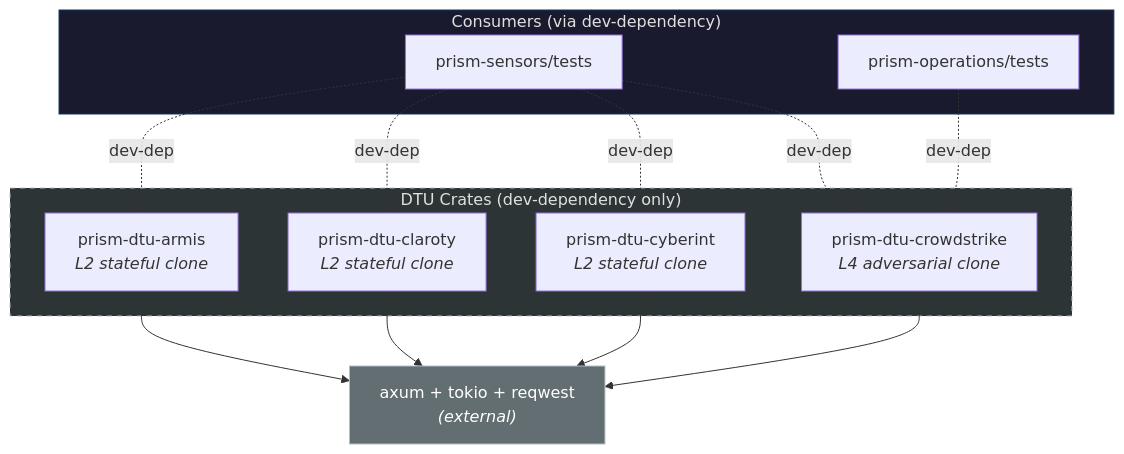
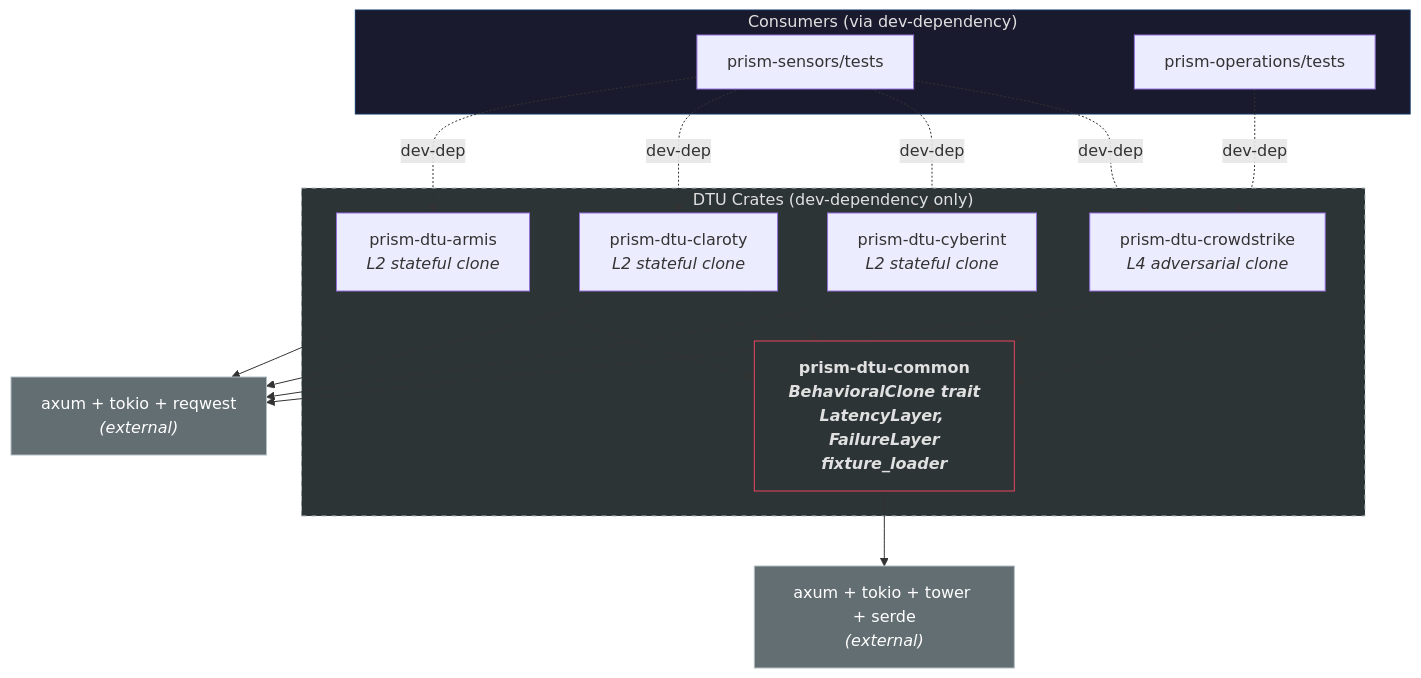
The third of 3 diagrams in specs/architecture/dependency-graph.md (drbothen/prism), drawn with Mermaid before and after one commit. The commit also changed other lines of this file and 3 other files, not shown here.

First line of the commit message:
arch(phase-3-patch-burst-5a): add SS-06/08 to registry, refresh crate responsibilities, add prism-dtu-common

````diff
--- a/specs/architecture/dependency-graph.md
+++ b/specs/architecture/dependency-graph.md
@@ -145,29 +145,38 @@
 ```mermaid
 graph TD
     subgraph DTU["DTU Crates (dev-dependency only)"]
+        DTUCOMMON["prism-dtu-common<br/><i>BehavioralClone trait<br/>LatencyLayer, FailureLayer<br/>fixture_loader</i>"]
         DTUC["prism-dtu-crowdstrike<br/><i>L4 adversarial clone</i>"]
         DTUCY["prism-dtu-cyberint<br/><i>L2 stateful clone</i>"]
         DTUCL["prism-dtu-claroty<br/><i>L2 stateful clone</i>"]
         DTUA["prism-dtu-armis<br/><i>L2 stateful clone</i>"]
     end
 
     subgraph CONSUMERS["Consumers (via dev-dependency)"]
         SENS_TEST["prism-sensors/tests"]
         OPS_TEST["prism-operations/tests"]
     end
 
     SENS_TEST -.->|"dev-dep"| DTUC
     SENS_TEST -.->|"dev-dep"| DTUCY
     SENS_TEST -.->|"dev-dep"| DTUCL
     SENS_TEST -.->|"dev-dep"| DTUA
     OPS_TEST -.->|"dev-dep"| DTUC
 
+    DTUC --> DTUCOMMON
+    DTUCY --> DTUCOMMON
+    DTUCL --> DTUCOMMON
+    DTUA --> DTUCOMMON
+
     DTUC --> AXM["axum + tokio + reqwest<br/><i>(external)</i>"]
     DTUCY --> AXM
     DTUCL --> AXM
     DTUA --> AXM
+    DTUCOMMON --> AXM2["axum + tokio + tower + serde<br/><i>(external)</i>"]
 
     style DTU fill:#2d3436,stroke:#b2bec3,color:#e0e0e0,stroke-dasharray:5 5
     style CONSUMERS fill:#1a1a2e,stroke:#0f3460,color:#e0e0e0
     style AXM fill:#636e72,stroke:#b2bec3,color:#fff
+    style AXM2 fill:#636e72,stroke:#b2bec3,color:#fff
+    style DTUCOMMON fill:#2d3436,stroke:#e94560,color:#e0e0e0,font-weight:bold
 ```
````
